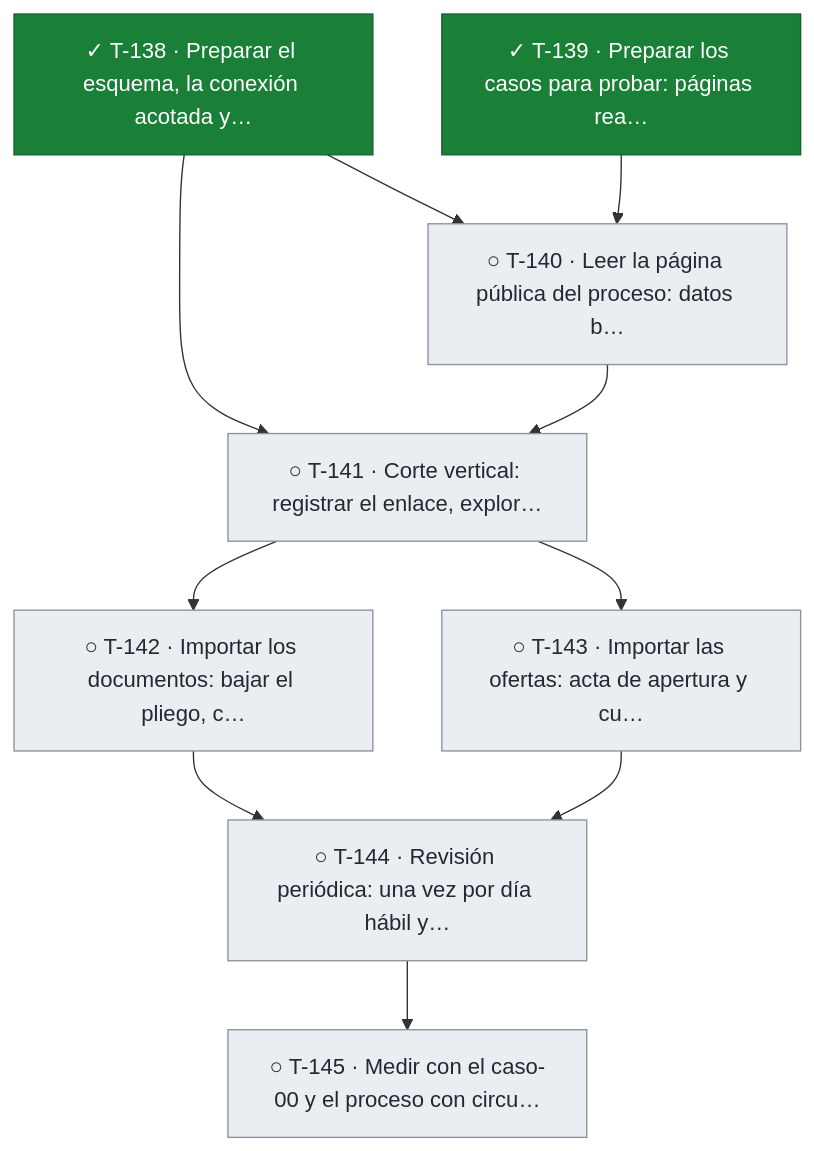
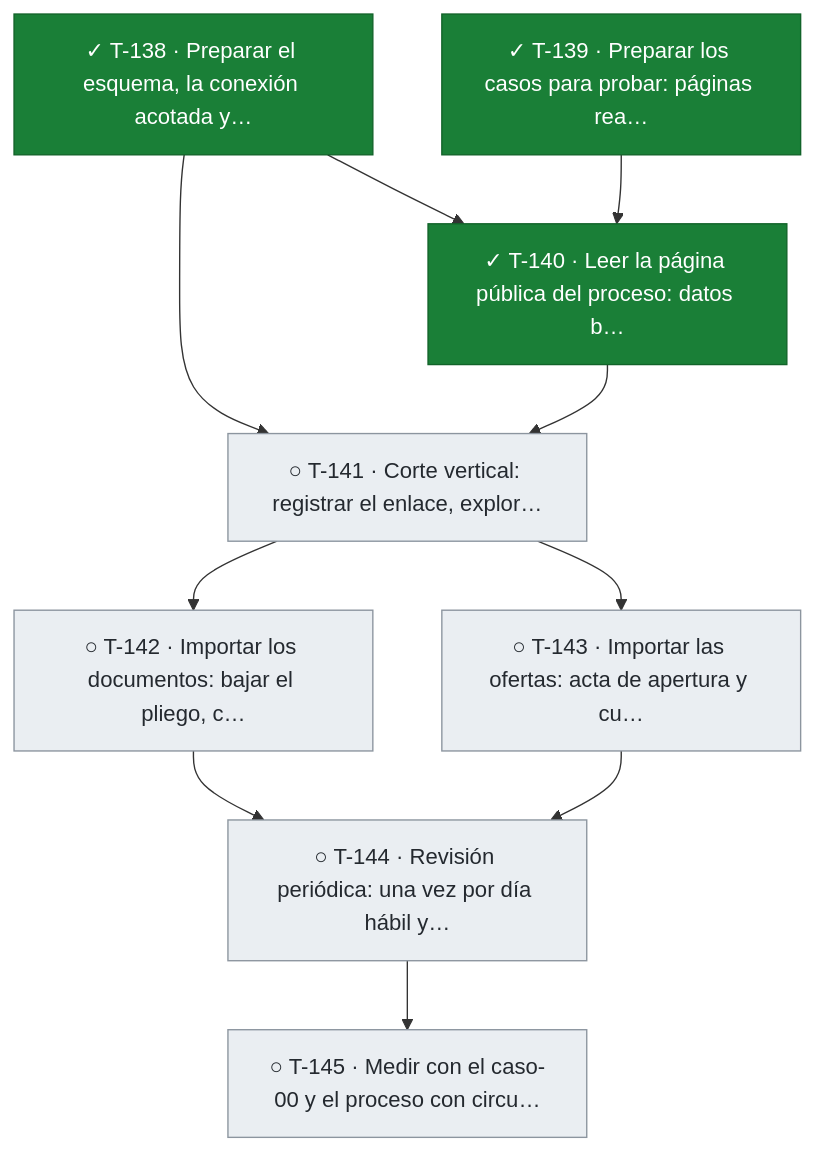
Before and after one commit to snavello/EVALUON: the ninth of 9 diagrams in docs/tablero.md, drawn with Mermaid. The commit also changed other lines of this file and 1 other file, not shown here.

````diff
--- a/docs/tablero.md
+++ b/docs/tablero.md
@@ -754,25 +754,25 @@
 ```mermaid
 flowchart TD
   T138["✓ T-138 · Preparar el esquema, la conexión acotada y…"]:::done
   T139["✓ T-139 · Preparar los casos para probar: páginas rea…"]:::done
-  T140["○ T-140 · Leer la página pública del proceso: datos b…"]:::todo
+  T140["✓ T-140 · Leer la página pública del proceso: datos b…"]:::done
   T141["○ T-141 · Corte vertical: registrar el enlace, explor…"]:::todo
   T142["○ T-142 · Importar los documentos: bajar el pliego, c…"]:::todo
   T143["○ T-143 · Importar las ofertas: acta de apertura y cu…"]:::todo
   T144["○ T-144 · Revisión periódica: una vez por día hábil y…"]:::todo
   T145["○ T-145 · Medir con el caso-00 y el proceso con circu…"]:::todo
   T138 --> T140
   T139 --> T140
   T138 --> T141
   T140 --> T141
   T141 --> T142
   T141 --> T143
   T142 --> T144
   T143 --> T144
   T144 --> T145
   classDef done fill:#1a7f37,stroke:#116329,color:#ffffff
   classDef review fill:#0969da,stroke:#0550ae,color:#ffffff
   classDef active fill:#bf8700,stroke:#7d4e00,color:#ffffff
   classDef blocked fill:#cf222e,stroke:#a40e26,color:#ffffff
   classDef todo fill:#eaeef2,stroke:#8c959f,color:#24292f
 ```
````
